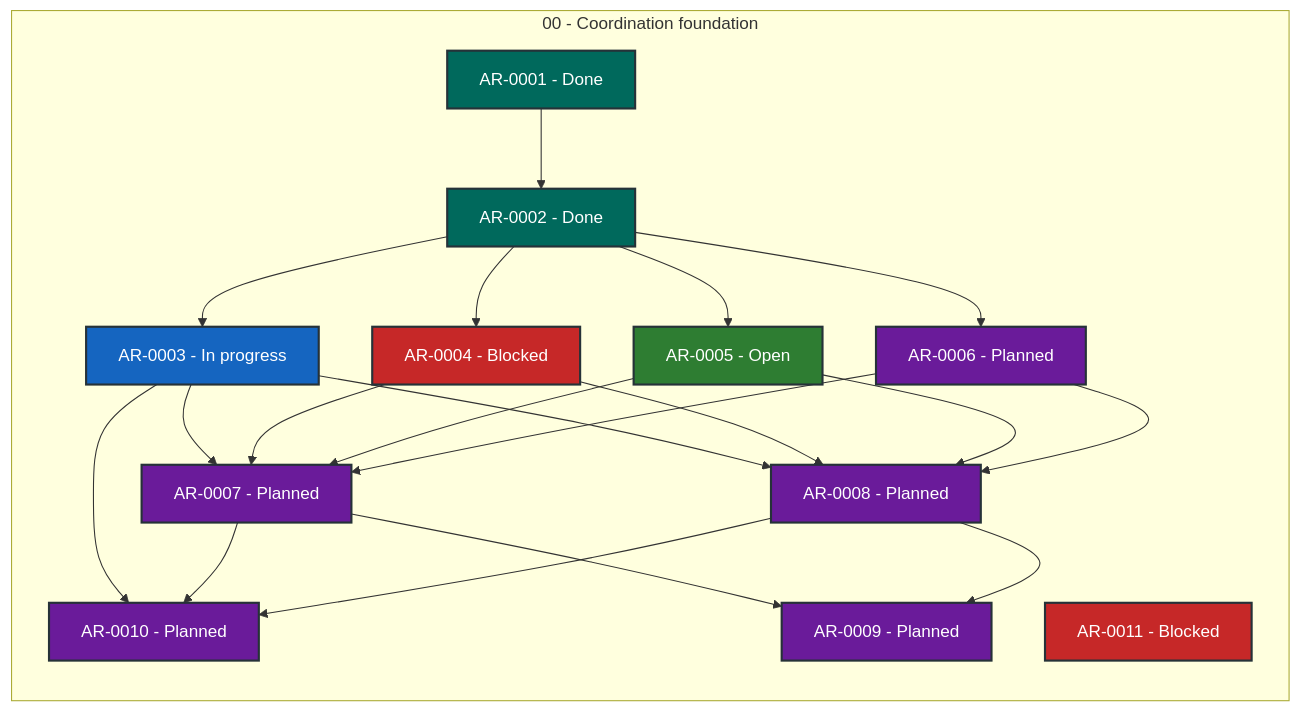
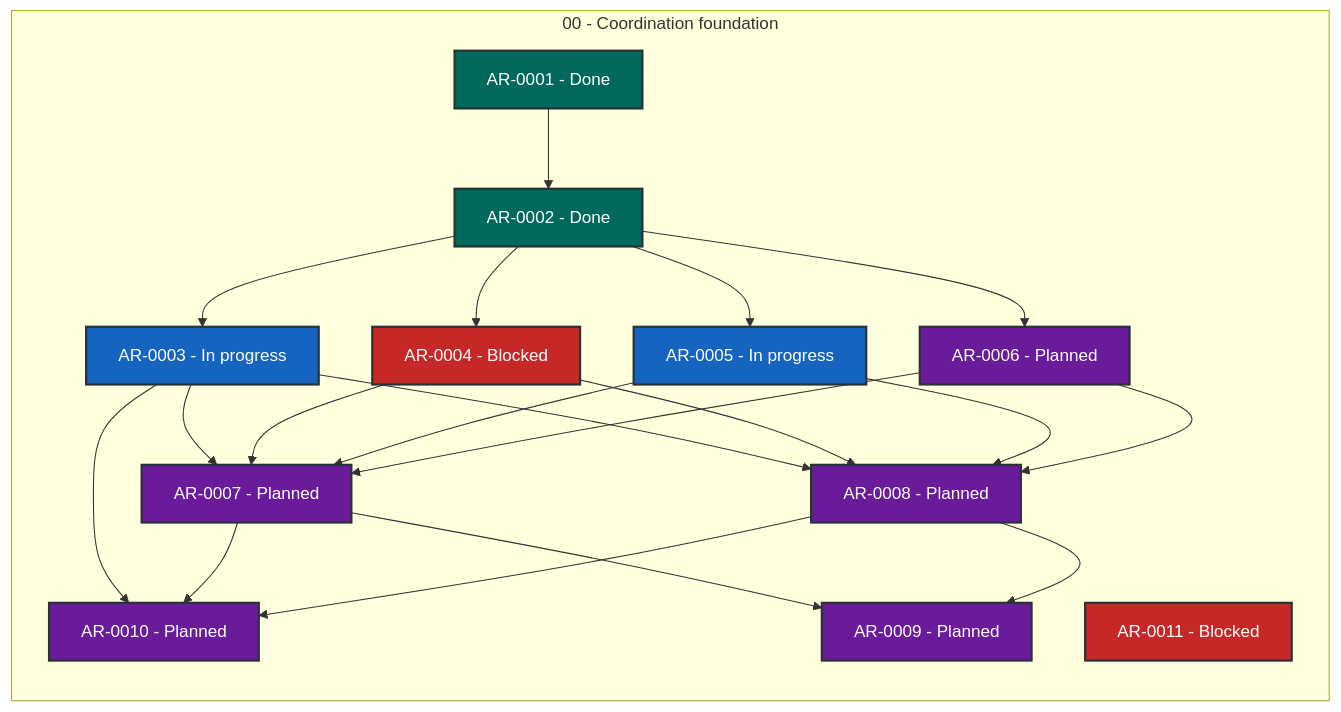
One commit to martin-beck/agent-workflow-coordinator-state changed the diagram in STATUS.md. Above: the diagram before and after it, drawn with Mermaid. The commit also changed other lines of this file and 2 other files, not shown here.

````diff
--- a/STATUS.md
+++ b/STATUS.md
@@ -27,43 +27,43 @@
 ```mermaid
 flowchart LR
     subgraph series_00["00 - Coordination foundation"]
         direction TB
         AR_0001["AR-0001 - Done"]:::status_done
         AR_0002["AR-0002 - Done"]:::status_done
         AR_0003["AR-0003 - In progress"]:::status_in_progress
         AR_0004["AR-0004 - Blocked"]:::status_blocked
-        AR_0005["AR-0005 - Open"]:::status_open
+        AR_0005["AR-0005 - In progress"]:::status_in_progress
         AR_0006["AR-0006 - Planned"]:::status_planned
         AR_0007["AR-0007 - Planned"]:::status_planned
         AR_0008["AR-0008 - Planned"]:::status_planned
         AR_0009["AR-0009 - Planned"]:::status_planned
         AR_0010["AR-0010 - Planned"]:::status_planned
         AR_0011["AR-0011 - Blocked"]:::status_blocked
     end
     AR_0001 --> AR_0002
     AR_0002 --> AR_0003
     AR_0002 --> AR_0004
     AR_0002 --> AR_0005
     AR_0002 --> AR_0006
     AR_0003 --> AR_0007
     AR_0003 --> AR_0008
     AR_0003 --> AR_0010
     AR_0004 --> AR_0007
     AR_0004 --> AR_0008
     AR_0005 --> AR_0007
     AR_0005 --> AR_0008
     AR_0006 --> AR_0007
     AR_0006 --> AR_0008
     AR_0007 --> AR_0009
     AR_0007 --> AR_0010
     AR_0008 --> AR_0009
     AR_0008 --> AR_0010
     classDef status_in_progress fill:#1565c0,color:#ffffff,stroke:#263238,stroke-width:2px
     classDef status_open fill:#2e7d32,color:#ffffff,stroke:#263238,stroke-width:2px
     classDef status_blocked fill:#c62828,color:#ffffff,stroke:#263238,stroke-width:2px
     classDef status_planned fill:#6a1b9a,color:#ffffff,stroke:#263238,stroke-width:2px
     classDef status_future fill:#455a64,color:#ffffff,stroke:#263238,stroke-width:2px
     classDef status_done fill:#00695c,color:#ffffff,stroke:#263238,stroke-width:2px
     classDef status_cancelled fill:#616161,color:#ffffff,stroke:#263238,stroke-width:2px
     classDef status_superseded fill:#5d4037,color:#ffffff,stroke:#263238,stroke-width:2px
 ```
````
